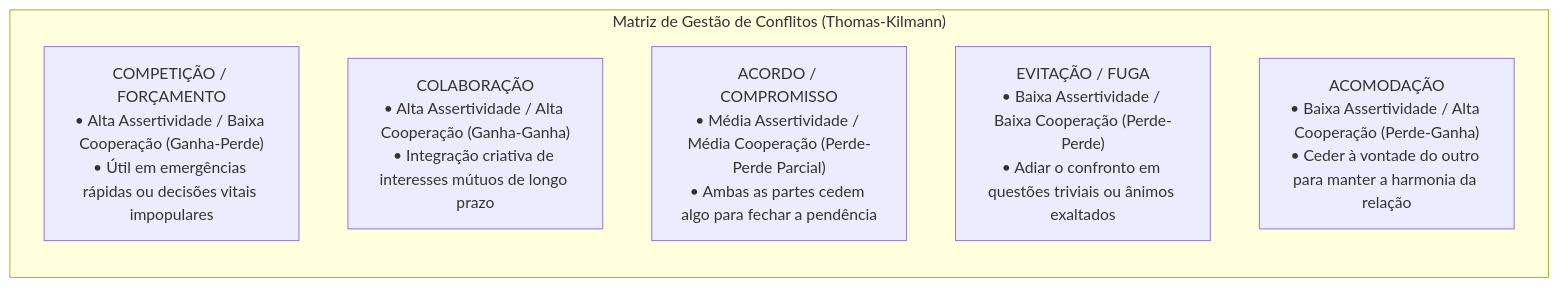
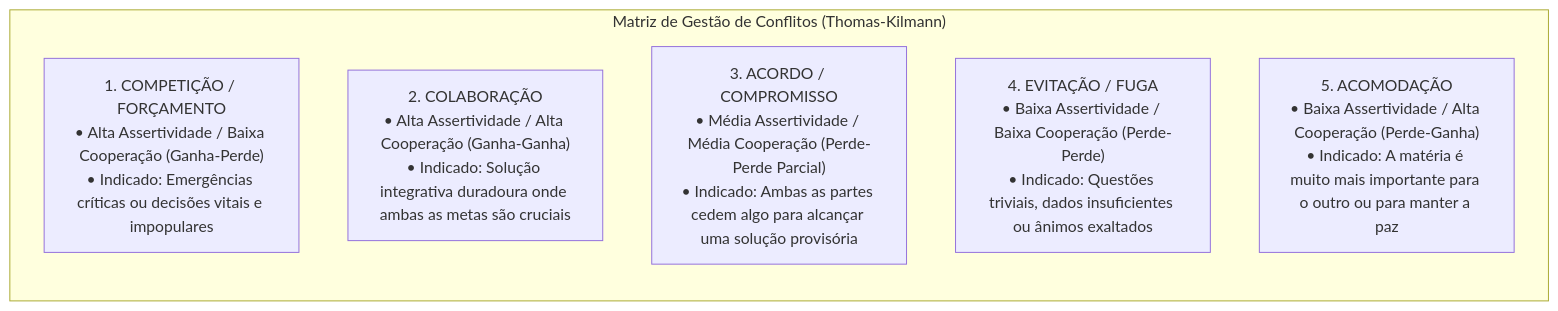
The second of 6 diagrams in fontes_de_estudo/conhecimentos_especificos_a01_tecnico_administrativo/24_comportamento_organizacional/03_conflito_negociacao_cultura_clima_e_desenvolvimento_organizacional.md (thiagosantos346/TCE-GO-2027), drawn with Mermaid before and after one commit. The commit also changed other lines of this file and 119 other files, not shown here.

````diff
--- a/fontes_de_estudo/conhecimentos_especificos_a01_tecnico_administrativo/24_comportamento_organizacional/03_conflito_negociacao_cultura_clima_e_desenvolvimento_organizacional.md
+++ b/fontes_de_estudo/conhecimentos_especificos_a01_tecnico_administrativo/24_comportamento_organizacional/03_conflito_negociacao_cultura_clima_e_desenvolvimento_organizacional.md
@@ -101,15 +75,15 @@
 ```mermaid
 flowchart TD
     subgraph Estilos_Thomas_Kilmann ["Matriz de Gestão de Conflitos (Thomas-Kilmann)"]
         direction TB
-        C1["COMPETIÇÃO / FORÇAMENTO<br/>• Alta Assertividade / Baixa Cooperação (Ganha-Perde)<br/>• Útil em emergências rápidas ou decisões vitais impopulares"]
+        C1["1. COMPETIÇÃO / FORÇAMENTO<br/>• Alta Assertividade / Baixa Cooperação (Ganha-Perde)<br/>• Indicado: Emergências críticas ou decisões vitais e impopulares"]
         
-        C2["COLABORAÇÃO<br/>• Alta Assertividade / Alta Cooperação (Ganha-Ganha)<br/>• Integração criativa de interesses mútuos de longo prazo"]
+        C2["2. COLABORAÇÃO<br/>• Alta Assertividade / Alta Cooperação (Ganha-Ganha)<br/>• Indicado: Solução integrativa duradoura onde ambas as metas são cruciais"]
         
-        C3["ACORDO / COMPROMISSO<br/>• Média Assertividade / Média Cooperação (Perde-Perde Parcial)<br/>• Ambas as partes cedem algo para fechar a pendência"]
+        C3["3. ACORDO / COMPROMISSO<br/>• Média Assertividade / Média Cooperação (Perde-Perde Parcial)<br/>• Indicado: Ambas as partes cedem algo para alcançar uma solução provisória"]
         
-        C4["EVITAÇÃO / FUGA<br/>• Baixa Assertividade / Baixa Cooperação (Perde-Perde)<br/>• Adiar o confronto em questões triviais ou ânimos exaltados"]
+        C4["4. EVITAÇÃO / FUGA<br/>• Baixa Assertividade / Baixa Cooperação (Perde-Perde)<br/>• Indicado: Questões triviais, dados insuficientes ou ânimos exaltados"]
         
-        C5["ACOMODAÇÃO<br/>• Baixa Assertividade / Alta Cooperação (Perde-Ganha)<br/>• Ceder à vontade do outro para manter a harmonia da relação"]
+        C5["5. ACOMODAÇÃO<br/>• Baixa Assertividade / Alta Cooperação (Perde-Ganha)<br/>• Indicado: A matéria é muito mais importante para o outro ou para manter a paz"]
     end
 ```
````
